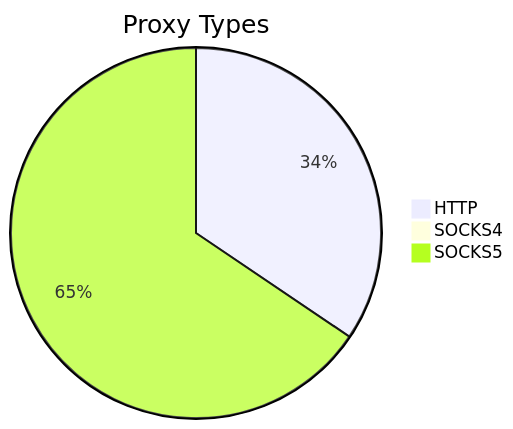
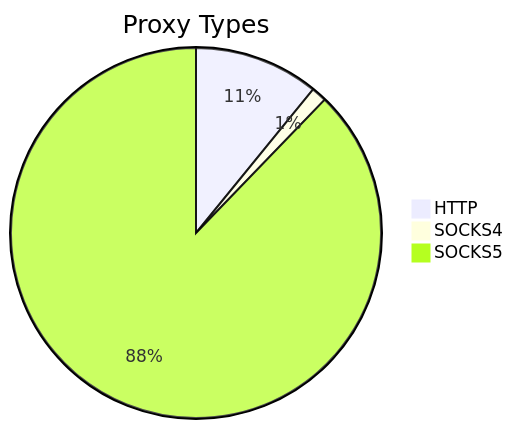
Before and after one commit to stormsia/proxy-list: the first of 2 diagrams in README.md, drawn with Mermaid. The commit also changed other lines of this file, not shown here.

````diff
--- a/README.md
+++ b/README.md
@@ -21,6 +21,6 @@
 ```mermaid
 pie title Proxy Types
-    "HTTP" : 572
-    "SOCKS4" : 8
-    "SOCKS5" : 1088
+    "HTTP" : 130
+    "SOCKS4" : 16
+    "SOCKS5" : 1049
 ```
````
